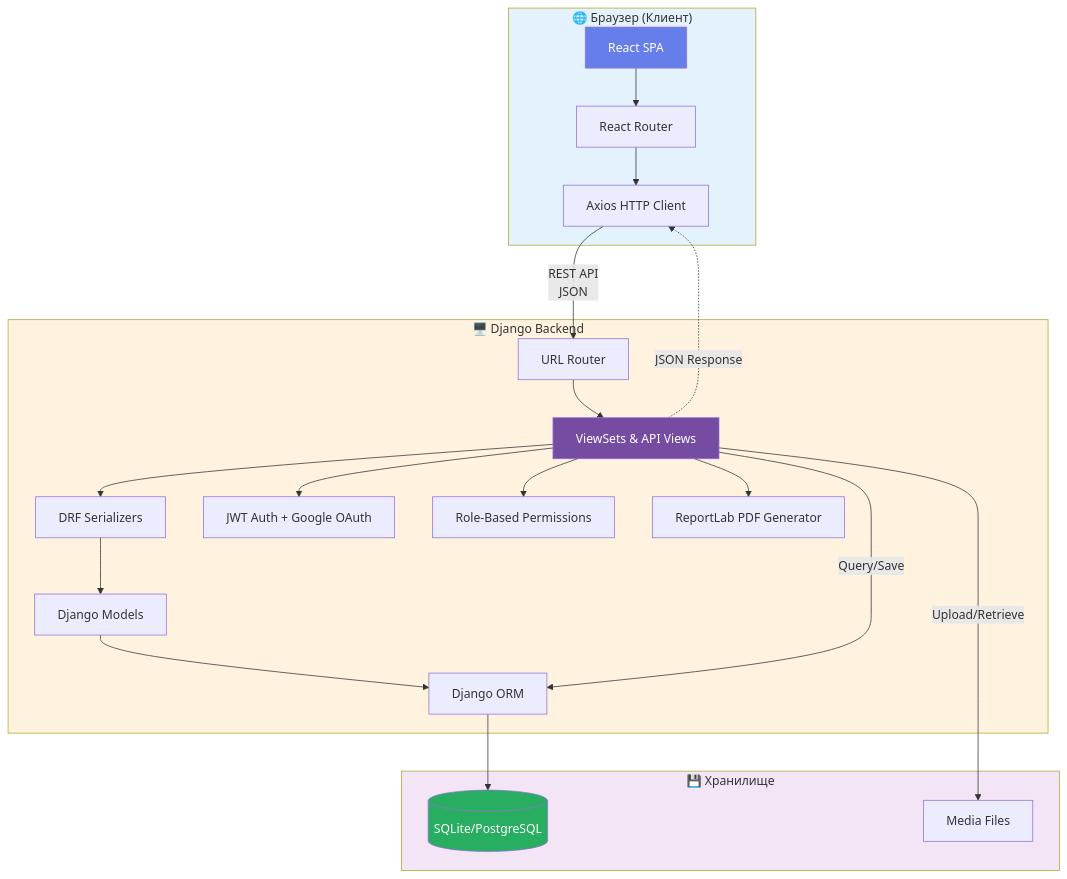
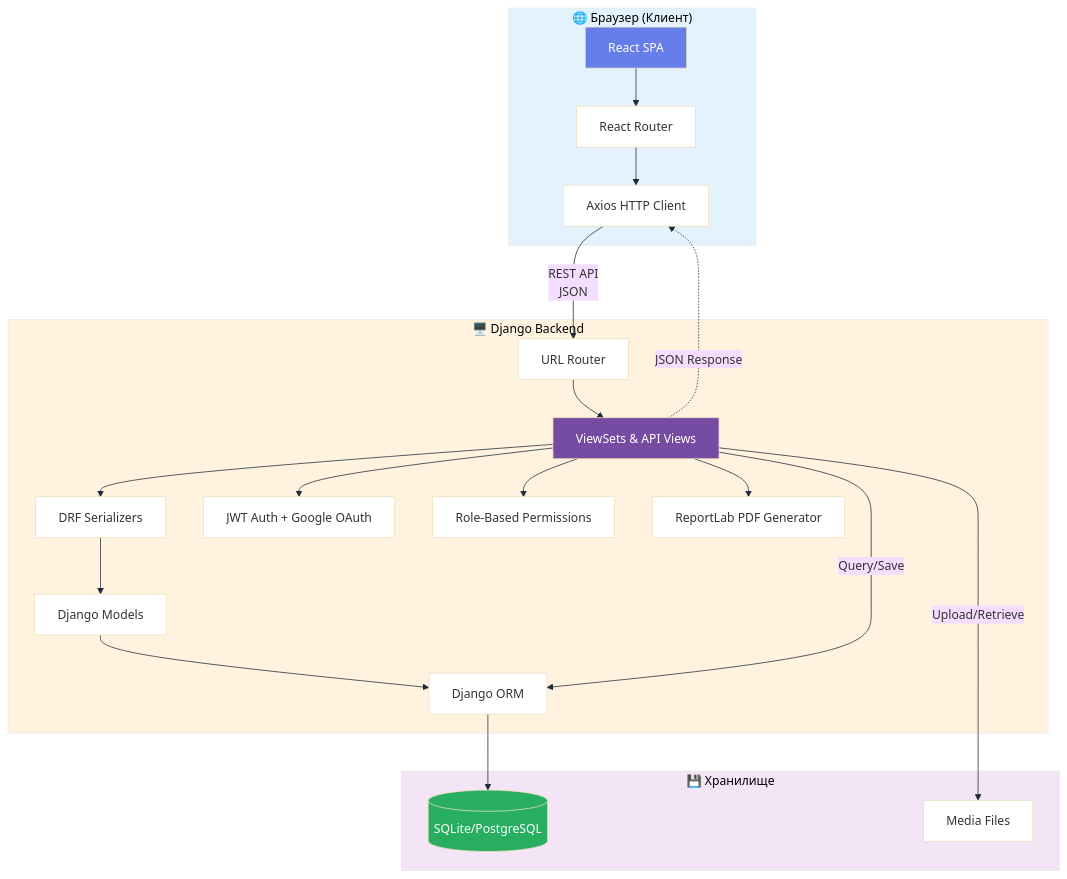
The second of 11 diagrams in README.md (Makshota12/Region_products), drawn with Mermaid before and after one commit.

Commit message:
docs(readme): enforce white Mermaid theme variables
Pin explicit Mermaid base theme variables for README diagram rendering so background stays white and text remains readable on GitHub dark mode.

Made-with: Cursor

````diff
--- a/README.md
+++ b/README.md
@@ -214,48 +214,48 @@
 ```mermaid
-%%{init: {'theme':'default', 'themeVariables': {'background':'#ffffff'}}}%%
+%%{init: {'theme':'base', 'themeVariables': {'background':'#ffffff','mainBkg':'#ffffff','secondBkg':'#ffffff','tertiaryColor':'#ffffff','lineColor':'#1f2937','textColor':'#111111'}}}%%
 graph TB
     subgraph Browser["🌐 Браузер (Клиент)"]
         UI[React SPA]
         Router[React Router]
         HTTP[Axios HTTP Client]
         UI --> Router
         Router --> HTTP
     end
     
     subgraph Backend["🖥️ Django Backend"]
         URLConf[URL Router]
         Views[ViewSets & API Views]
         Serializers[DRF Serializers]
         Models[Django Models]
         Auth[JWT Auth + Google OAuth]
         Permissions[Role-Based Permissions]
         ORM[Django ORM]
         PDF[ReportLab PDF Generator]
         
         URLConf --> Views
         Views --> Serializers
         Views --> Auth
         Views --> Permissions
         Serializers --> Models
         Models --> ORM
         Views --> PDF
     end
     
     subgraph Storage["💾 Хранилище"]
         DB[(SQLite/PostgreSQL)]
         Media[Media Files]
     end
     
     HTTP -->|REST API<br/>JSON| URLConf
     Views -->|Query/Save| ORM
     ORM --> DB
     Views -->|Upload/Retrieve| Media
     Views -.->|JSON Response| HTTP
     
     style Browser fill:#e3f2fd
     style Backend fill:#fff3e0
     style Storage fill:#f3e5f5
     style UI fill:#667eea,color:#fff
     style Views fill:#764ba2,color:#fff
     style DB fill:#27ae60,color:#fff
 ```
````
